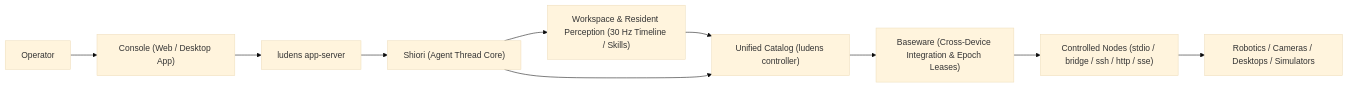
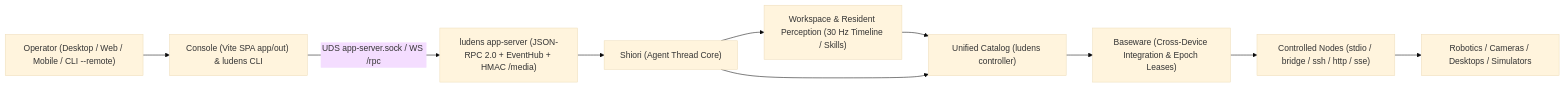
Before and after one commit to Arkevo-Lab/Ludens: the diagram in docs/en/concepts/overview.md, drawn with Mermaid (base theme). The commit also changed other lines of this file and 24 other files, not shown here.

Commit message:
docs: sync bilingual docs with multi-surface Vite SPA and zero-port UDS/WS RPC architecture

````diff
--- a/docs/en/concepts/overview.md
+++ b/docs/en/concepts/overview.md
@@ -19,12 +19,12 @@
 ```mermaid
 flowchart LR
-    U["Operator"] --> Con["Console (Web / Desktop App)"]
-    Con --> Srv["ludens app-server"]
+    U["Operator (Desktop / Web / Mobile / CLI --remote)"] --> Con["Console (Vite SPA app/out) & ludens CLI"]
+    Con -->|"UDS app-server.sock / WS /rpc"| Srv["ludens app-server (JSON-RPC 2.0 + EventHub + HMAC /media)"]
     Srv --> Sh["Shiori (Agent Thread Core)"]
     Sh --> Ws["Workspace & Resident Perception (30 Hz Timeline / Skills)"]
     Ws --> Cat["Unified Catalog (ludens controller)"]
     Sh --> Cat
     Cat --> Bw["Baseware (Cross-Device Integration & Epoch Leases)"]
     Bw --> Nodes["Controlled Nodes (stdio / bridge / ssh / http / sse)"]
     Nodes --> Targets["Robotics / Cameras / Desktops / Simulators"]
 ```
````
